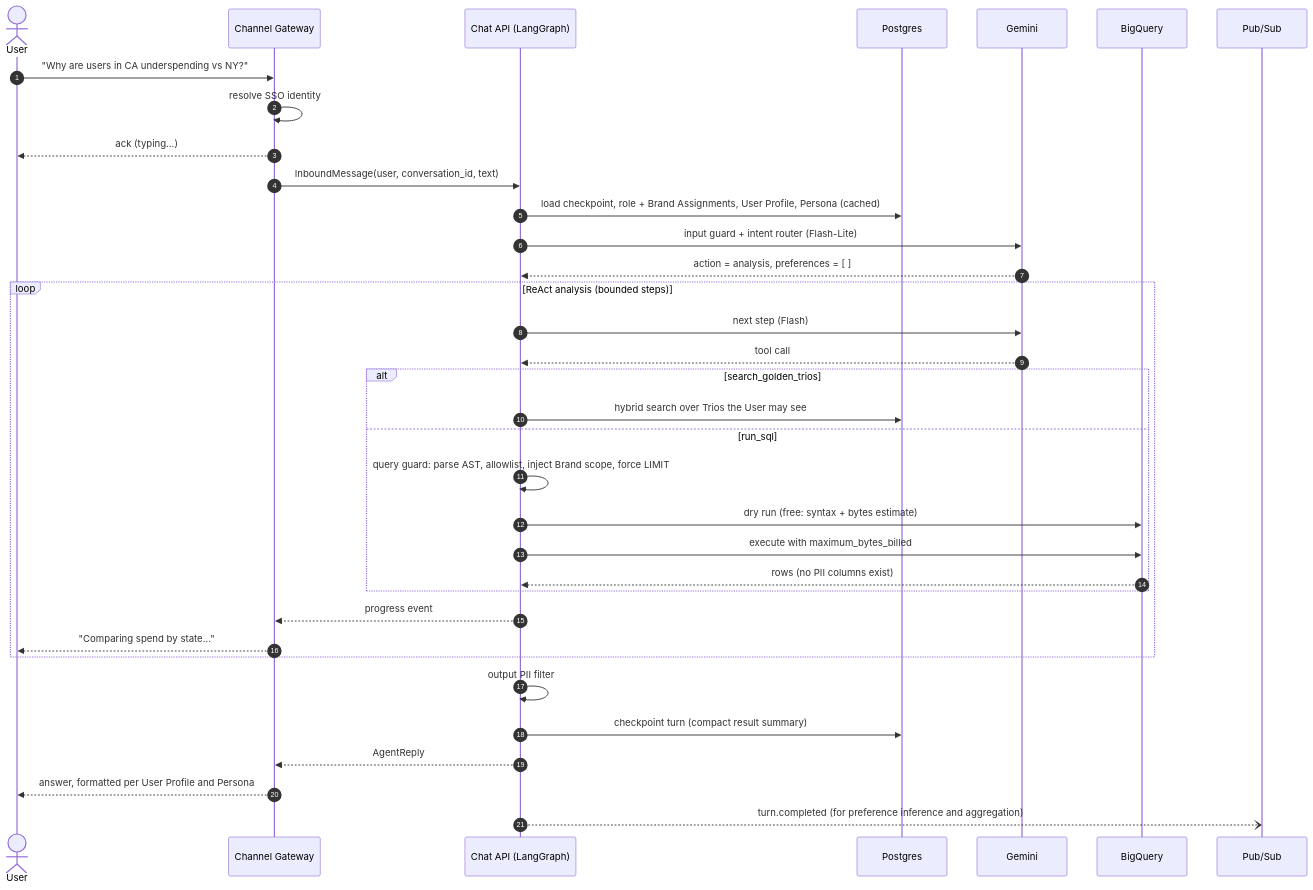
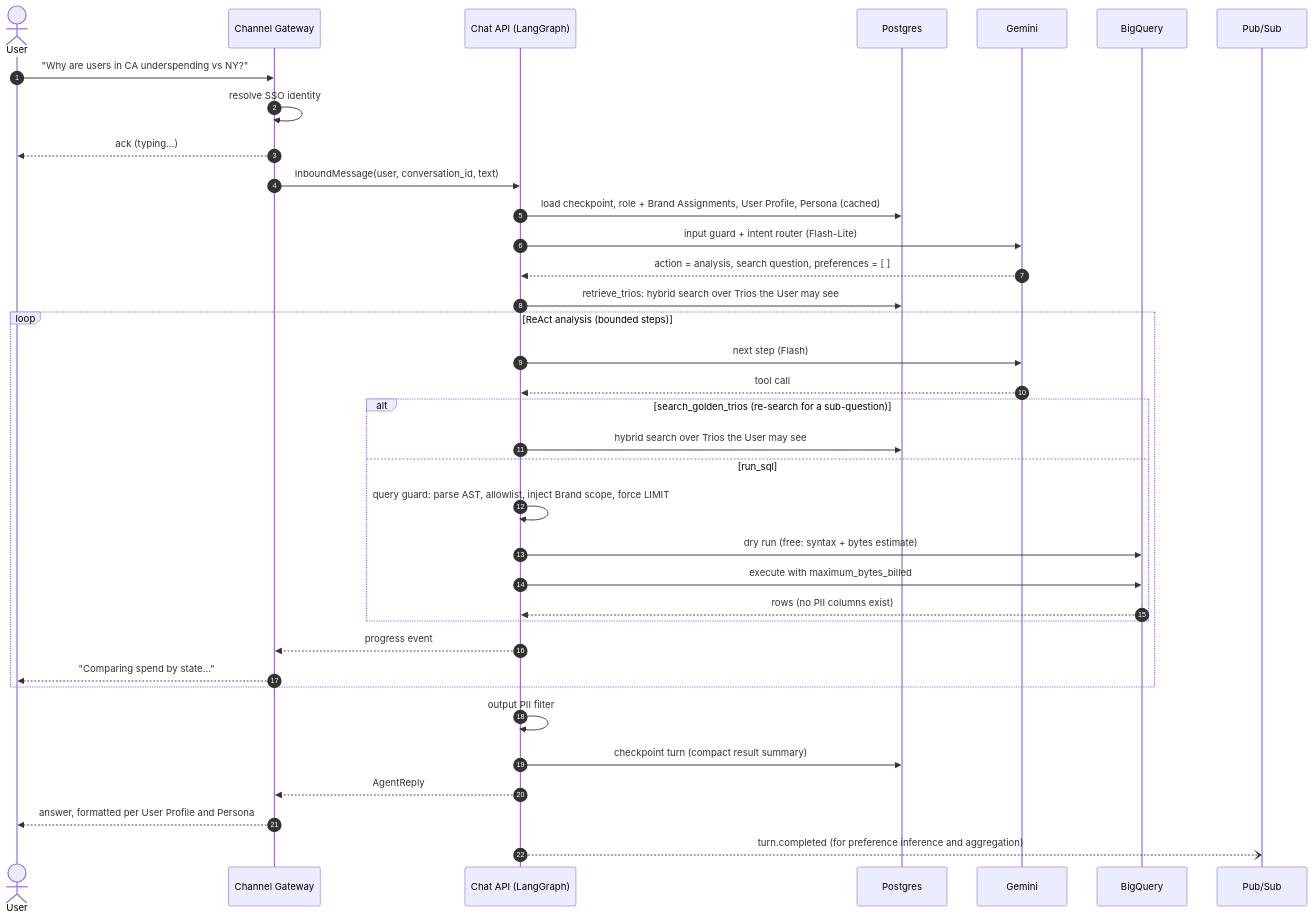
Before and after one commit to sternyishai/opsfleet-test: the first of 2 diagrams in docs/hld/01-architecture.md, drawn with Mermaid. The commit also changed other lines of this file, not shown here.

First line of the commit message:
docs(hld): add the retrieve_trios node to the 01 graph and sequence

````diff
--- a/docs/hld/01-architecture.md
+++ b/docs/hld/01-architecture.md
@@ -40,38 +40,39 @@
 ```mermaid
 sequenceDiagram
     autonumber
     actor U as User
     participant GW as Channel Gateway
     participant API as Chat API (LangGraph)
     participant PG as Postgres
     participant LLM as Gemini
     participant BQ as BigQuery
     participant PS as Pub/Sub
 
     U->>GW: "Why are users in CA underspending vs NY?"
     GW->>GW: resolve SSO identity
     GW-->>U: ack (typing…)
     GW->>API: InboundMessage(user, conversation_id, text)
     API->>PG: load checkpoint, role + Brand Assignments, User Profile, Persona (cached)
     API->>LLM: input guard + intent router (Flash-Lite)
-    LLM-->>API: action = analysis, preferences = [ ]
+    LLM-->>API: action = analysis, search question, preferences = [ ]
+    API->>PG: retrieve_trios: hybrid search over Trios the User may see
     loop ReAct analysis (bounded steps)
         API->>LLM: next step (Flash)
         LLM-->>API: tool call
-        alt search_golden_trios
+        alt search_golden_trios (re-search for a sub-question)
             API->>PG: hybrid search over Trios the User may see
         else run_sql
             API->>API: query guard: parse AST, allowlist, inject Brand scope, force LIMIT
             API->>BQ: dry run (free: syntax + bytes estimate)
             API->>BQ: execute with maximum_bytes_billed
             BQ-->>API: rows (no PII columns exist)
         end
         API-->>GW: progress event
         GW-->>U: "Comparing spend by state…"
     end
     API->>API: output PII filter
     API->>PG: checkpoint turn (compact result summary)
     API-->>GW: AgentReply
     GW-->>U: answer, formatted per User Profile and Persona
     API--)PS: turn.completed (for preference inference and aggregation)
 ```
````
